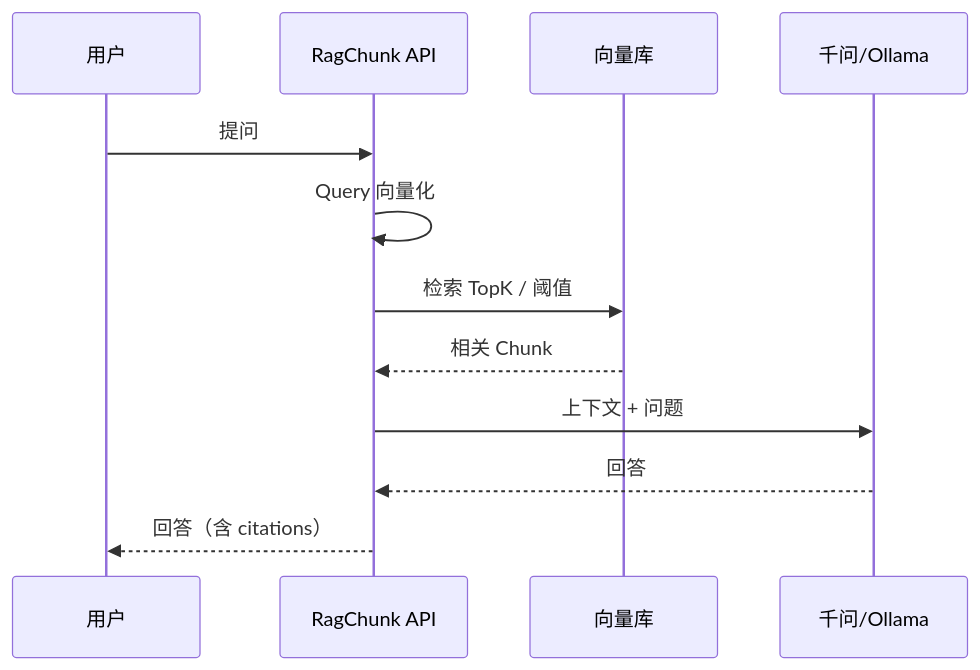
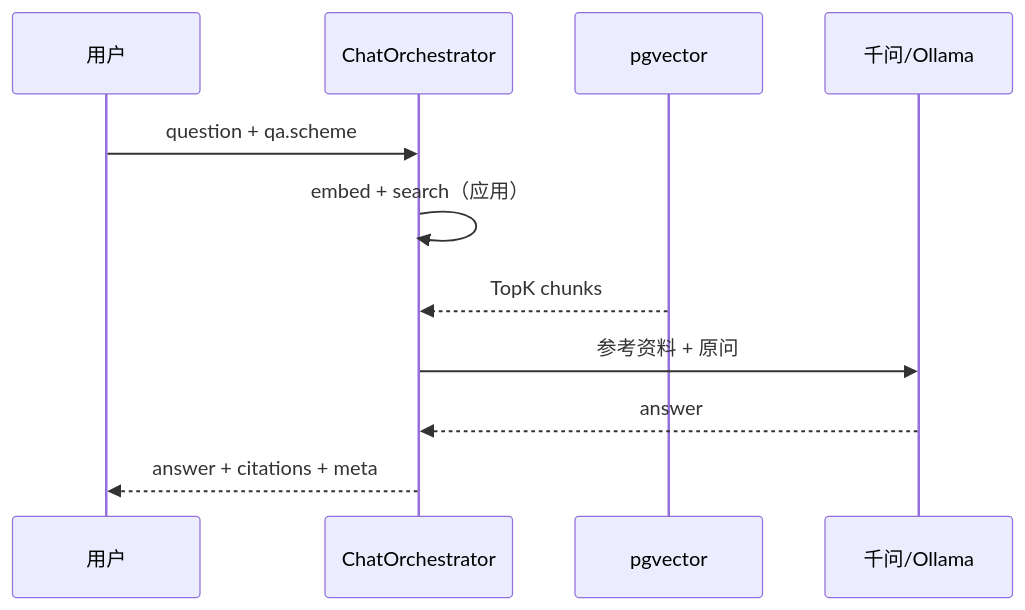
Before and after one commit to Sayonara-xtt/RagChunk: the second of 4 diagrams in README.md, drawn with Mermaid. The commit also changed other lines of this file and 45 other files, not shown here.

````diff
--- a/README.md
+++ b/README.md
@@ -233,15 +281,14 @@
 ```mermaid
 sequenceDiagram
     participant U as 用户
-    participant API as RagChunk API
-    participant VDB as 向量库
+    participant API as ChatOrchestrator
+    participant VDB as pgvector
     participant LLM as 千问/Ollama
 
-    U->>API: 提问
-    API->>API: Query 向量化
-    API->>VDB: 检索 TopK / 阈值
-    VDB-->>API: 相关 Chunk
-    API->>LLM: 上下文 + 问题
-    LLM-->>API: 回答
-    API-->>U: 回答（含 citations）
+    U->>API: question + qa.scheme
+    API->>API: embed + search（应用）
+    VDB-->>API: TopK chunks
+    API->>LLM: 参考资料 + 原问
+    LLM-->>API: answer
+    API-->>U: answer + citations + meta
 ```
````
